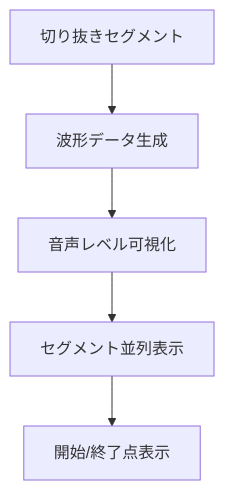
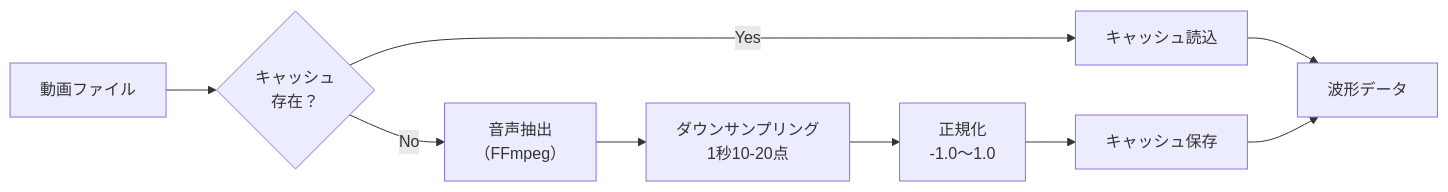
Before and after one commit to Coidemo/TextffCut: diagram 12 of 32 in docs/basic_design_specification_v2.md, drawn with Mermaid. The commit also changed other lines of this file and 18 other files, not shown here.

````diff
--- a/docs/basic_design_specification_v2.md
+++ b/docs/basic_design_specification_v2.md
@@ -351,7 +402,11 @@
 ```mermaid
-flowchart TD
-    A[切り抜きセグメント] --> B[波形データ生成]
-    B --> C[音声レベル可視化]
-    C --> D[セグメント並列表示]
-    D --> E[開始/終了点表示]
+flowchart LR
+    A[動画ファイル] --> B{キャッシュ<br/>存在？}
+    B -->|Yes| C[キャッシュ読込]
+    B -->|No| D[音声抽出<br/>（FFmpeg）]
+    D --> E[ダウンサンプリング<br/>1秒10-20点]
+    E --> F[正規化<br/>-1.0〜1.0]
+    F --> G[キャッシュ保存]
+    C --> H[波形データ]
+    G --> H
 ```
````
